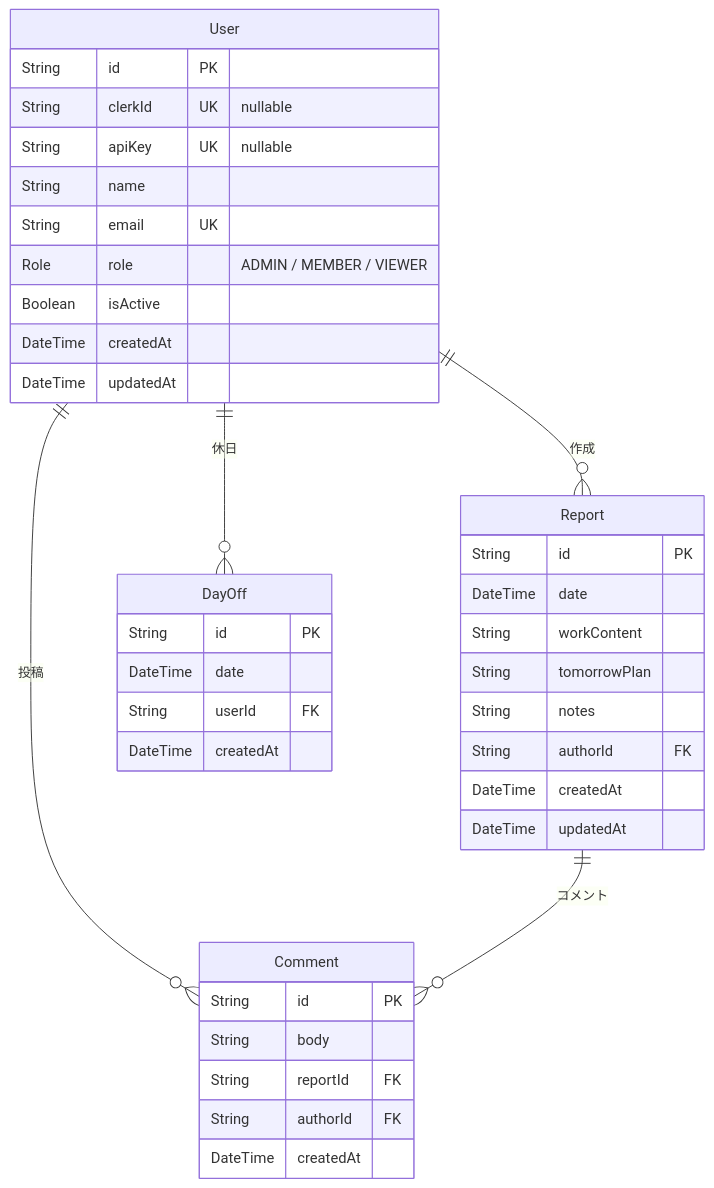
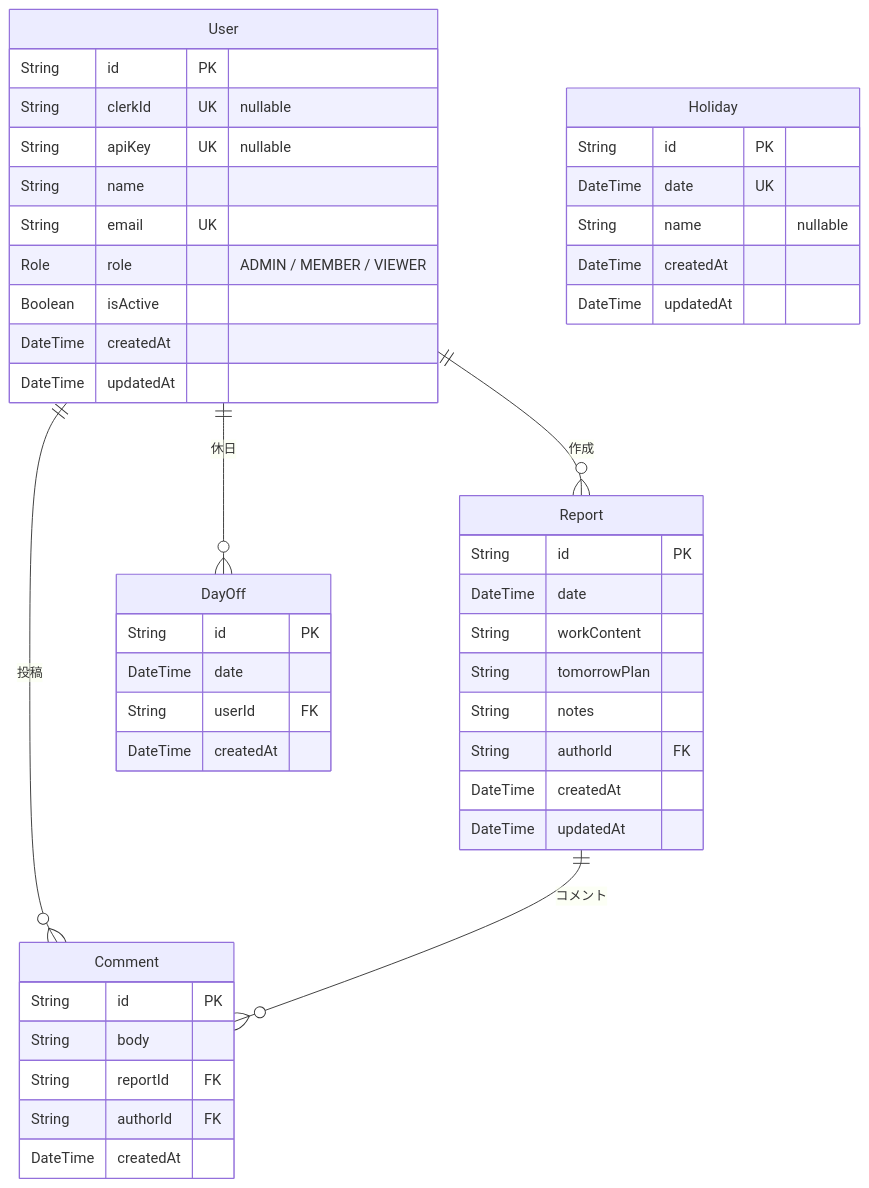
Before and after one commit to ot-nemoto/daily-hub: the diagram in docs/schema.md, drawn with Mermaid. The commit also changed other lines of this file and 20 other files, not shown here.

````diff
--- a/docs/schema.md
+++ b/docs/schema.md
@@ -16,41 +16,48 @@
 ```mermaid
 erDiagram
     User {
         String id PK
         String clerkId UK "nullable"
         String apiKey UK "nullable"
         String name
         String email UK
         Role role "ADMIN / MEMBER / VIEWER"
         Boolean isActive
         DateTime createdAt
         DateTime updatedAt
     }
     Report {
         String id PK
         DateTime date
         String workContent
         String tomorrowPlan
         String notes
         String authorId FK
         DateTime createdAt
         DateTime updatedAt
     }
     Comment {
         String id PK
         String body
         String reportId FK
         String authorId FK
         DateTime createdAt
     }
     DayOff {
         String id PK
         DateTime date
         String userId FK
         DateTime createdAt
     }
+    Holiday {
+        String id PK
+        DateTime date UK
+        String name "nullable"
+        DateTime createdAt
+        DateTime updatedAt
+    }
     User ||--o{ Report : "作成"
     User ||--o{ Comment : "投稿"
     Report ||--o{ Comment : "コメント"
     User ||--o{ DayOff : "休日"
 ```
````
